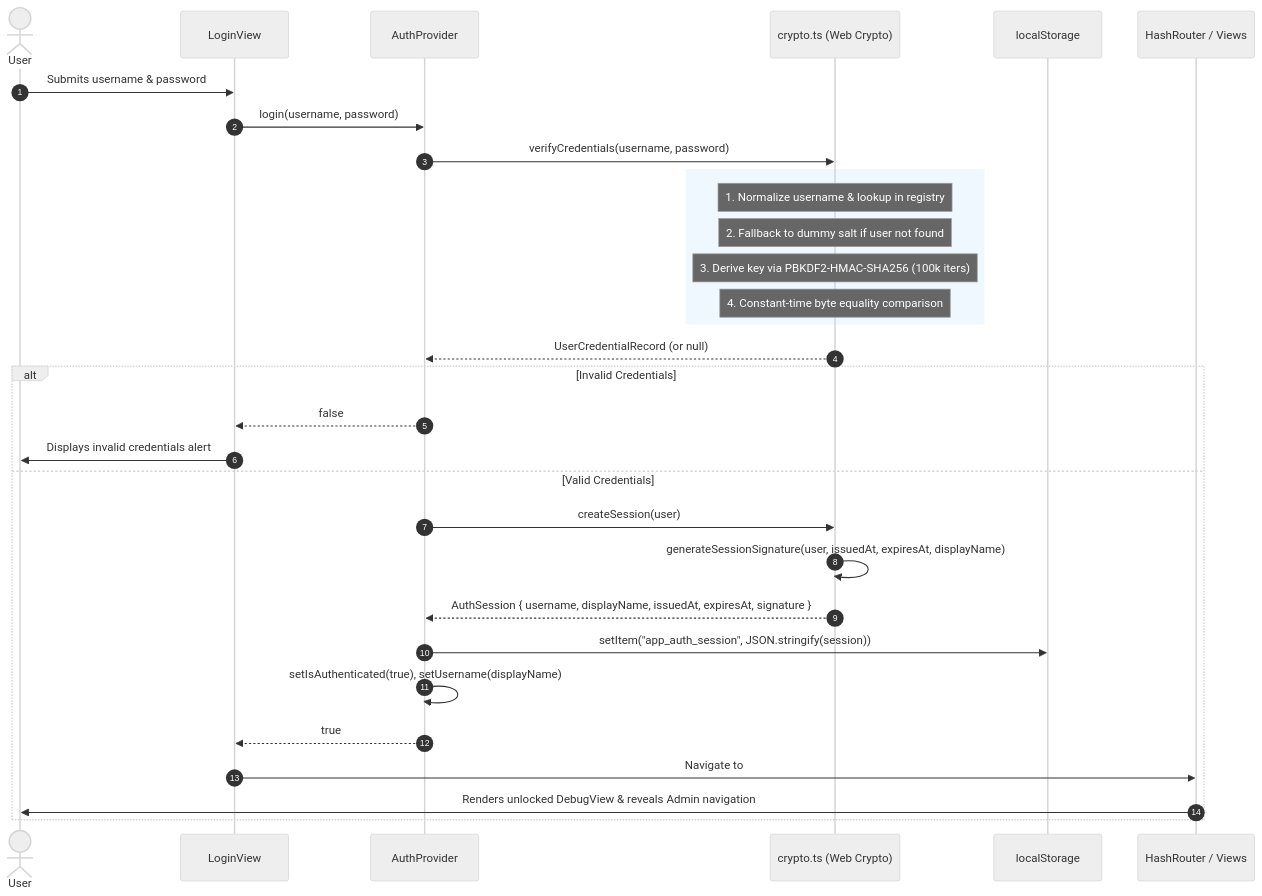
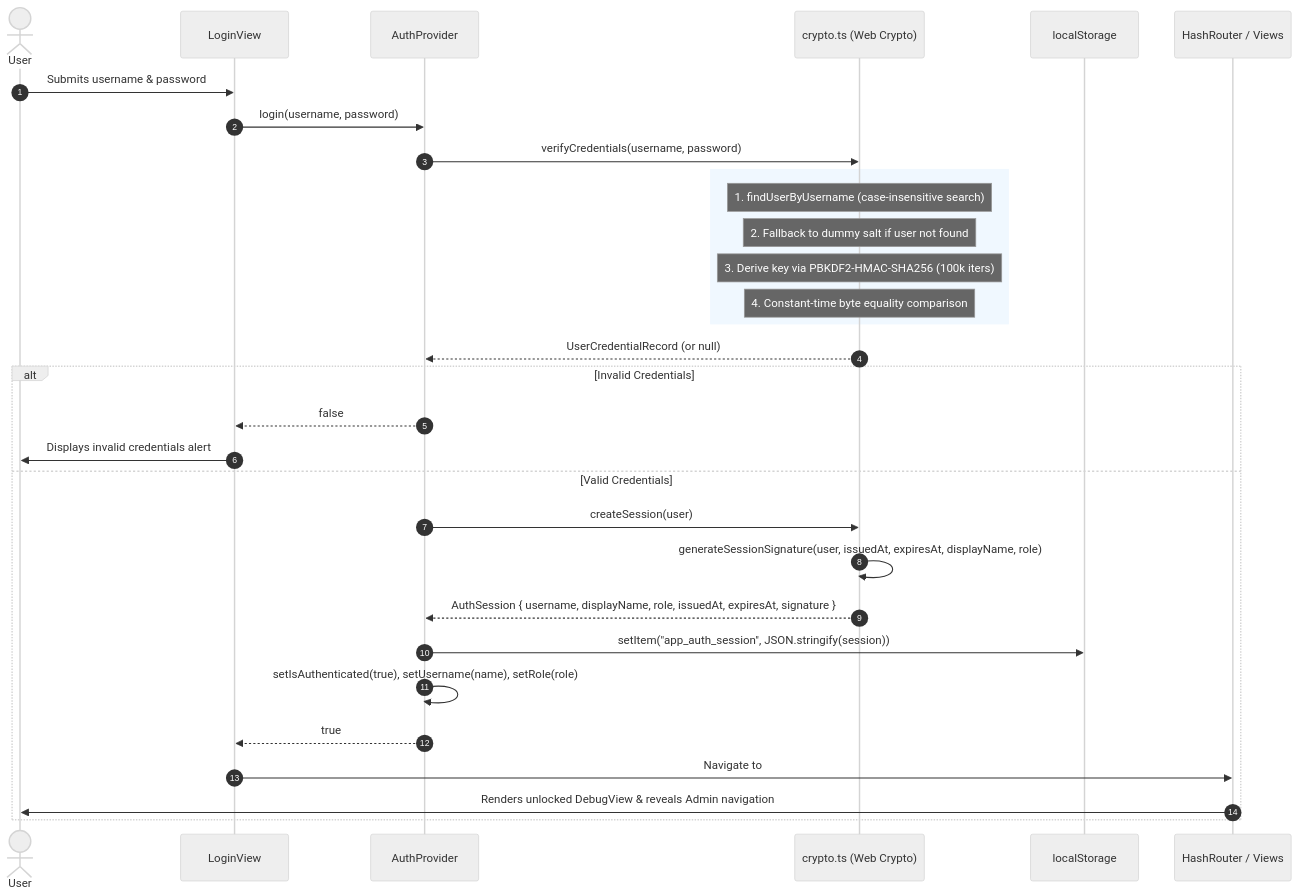
The diagram in README.md (Phenomite/ReactWeb), drawn with Mermaid (neutral theme) before and after one commit. The commit also changed other lines of this file and 8 other files, not shown here.

Commit message:
add user role to hashing

````diff
--- a/README.md
+++ b/README.md
@@ -44,37 +44,37 @@
 ```mermaid
 sequenceDiagram
     autonumber
     actor User
     participant LoginView as LoginView
     participant AuthContext as AuthProvider
     participant Crypto as crypto.ts (Web Crypto)
     participant Storage as localStorage
     participant Navigation as HashRouter / Views
 
     User->>LoginView: Submits username & password
     LoginView->>AuthContext: login(username, password)
     AuthContext->>Crypto: verifyCredentials(username, password)
 
     rect rgb(240, 248, 255)
-        Note over Crypto: 1. Normalize username & lookup in registry
+        Note over Crypto: 1. findUserByUsername (case-insensitive search)
         Note over Crypto: 2. Fallback to dummy salt if user not found
         Note over Crypto: 3. Derive key via PBKDF2-HMAC-SHA256 (100k iters)
         Note over Crypto: 4. Constant-time byte equality comparison
     end
 
     Crypto-->>AuthContext: UserCredentialRecord (or null)
 
     alt Invalid Credentials
         AuthContext-->>LoginView: false
         LoginView->>User: Displays invalid credentials alert
     else Valid Credentials
         AuthContext->>Crypto: createSession(user)
-        Crypto->>Crypto: generateSessionSignature(user, issuedAt, expiresAt, displayName)
-        Crypto-->>AuthContext: AuthSession { username, displayName, issuedAt, expiresAt, signature }
+        Crypto->>Crypto: generateSessionSignature(user, issuedAt, expiresAt, displayName, role)
+        Crypto-->>AuthContext: AuthSession { username, displayName, role, issuedAt, expiresAt, signature }
         AuthContext->>Storage: setItem("app_auth_session", JSON.stringify(session))
-        AuthContext->>AuthContext: setIsAuthenticated(true), setUsername(displayName)
+        AuthContext->>AuthContext: setIsAuthenticated(true), setUsername(name), setRole(role)
         AuthContext-->>LoginView: true
         LoginView->>Navigation: Navigate to #debug
         Navigation->>User: Renders unlocked DebugView & reveals Admin navigation
     end
 ```
````
